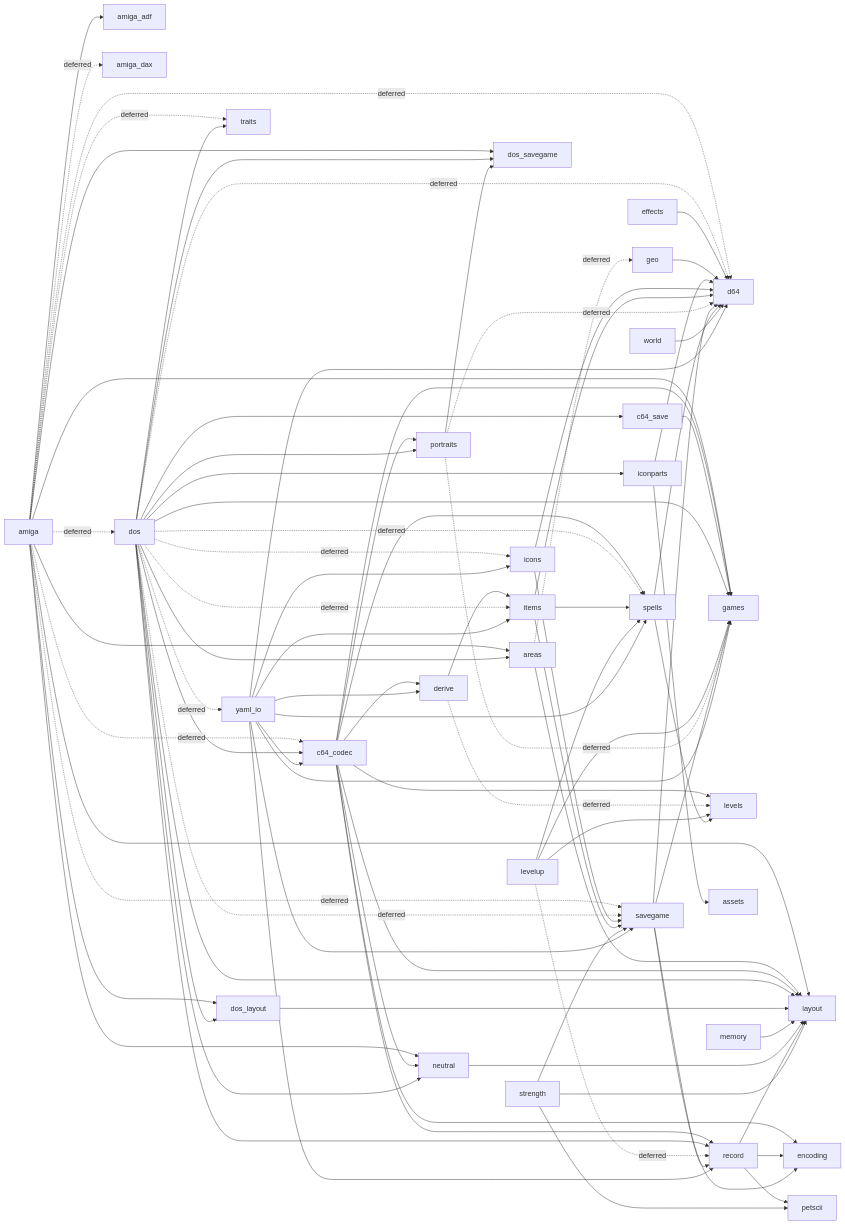
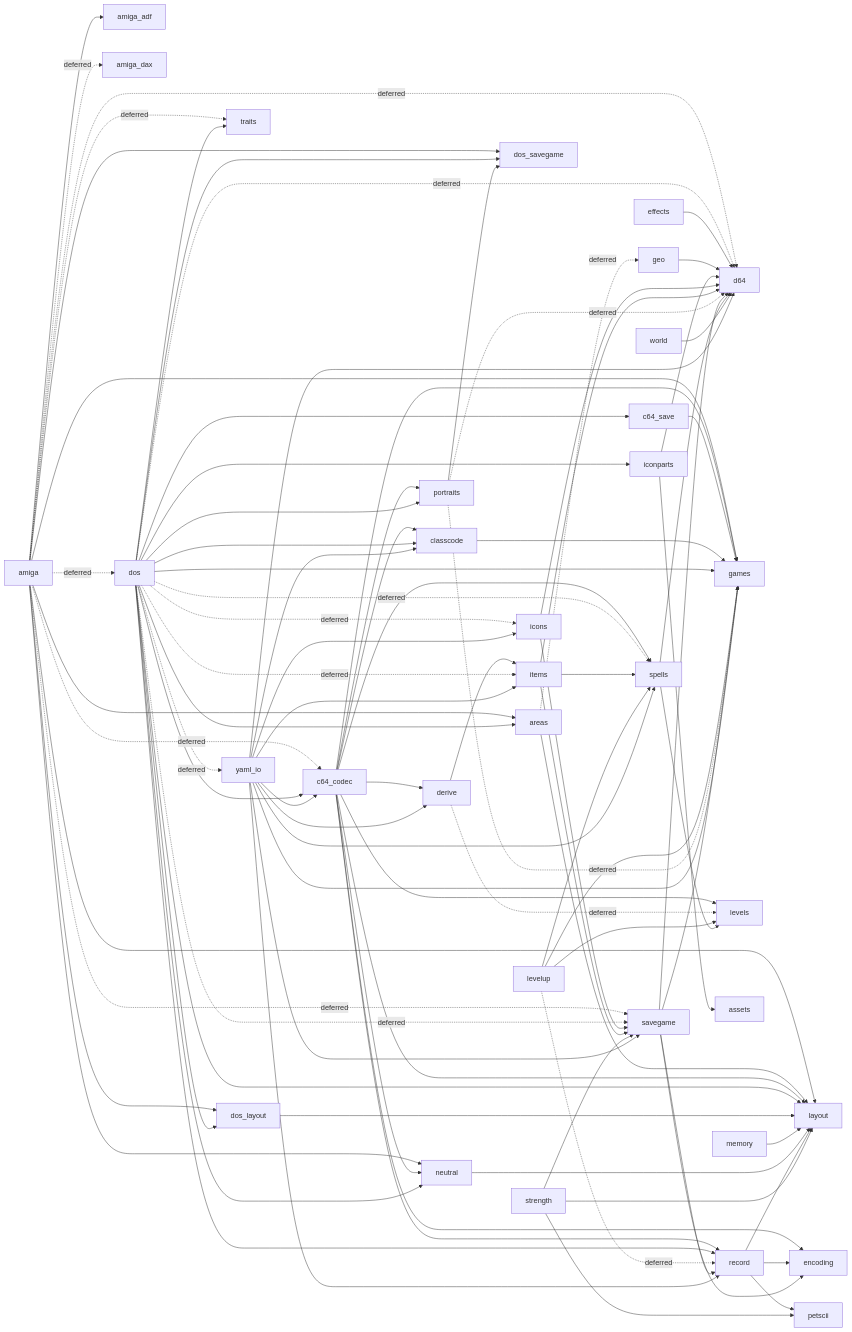
Before and after one commit to malcyon/wish: the fourth of 4 diagrams in docs/117-save-conversion.md, drawn with Mermaid. The commit also changed 7 other files, not shown here.

```diff
--- a/docs/117-save-conversion.md
+++ b/docs/117-save-conversion.md
@@ -1870,6 +1870,7 @@
   amiga -.->|deferred| traits
   areas -.->|deferred| geo
   areas --> layout
+  c64_codec --> classcode
   c64_codec --> derive
   c64_codec --> encoding
   c64_codec --> games
@@ -1880,11 +1881,13 @@
   c64_codec --> record
   c64_codec --> spells
   c64_save --> games
+  classcode --> games
   derive --> items
   derive -.->|deferred| levels
   dos --> areas
   dos --> c64_codec
   dos --> c64_save
+  dos --> classcode
   dos -.->|deferred| d64
   dos --> dos_layout
   dos --> dos_savegame
@@ -1933,6 +1936,7 @@
   strength --> savegame
   world --> d64
   yaml_io --> c64_codec
+  yaml_io --> classcode
   yaml_io --> d64
   yaml_io --> derive
   yaml_io --> games
```
